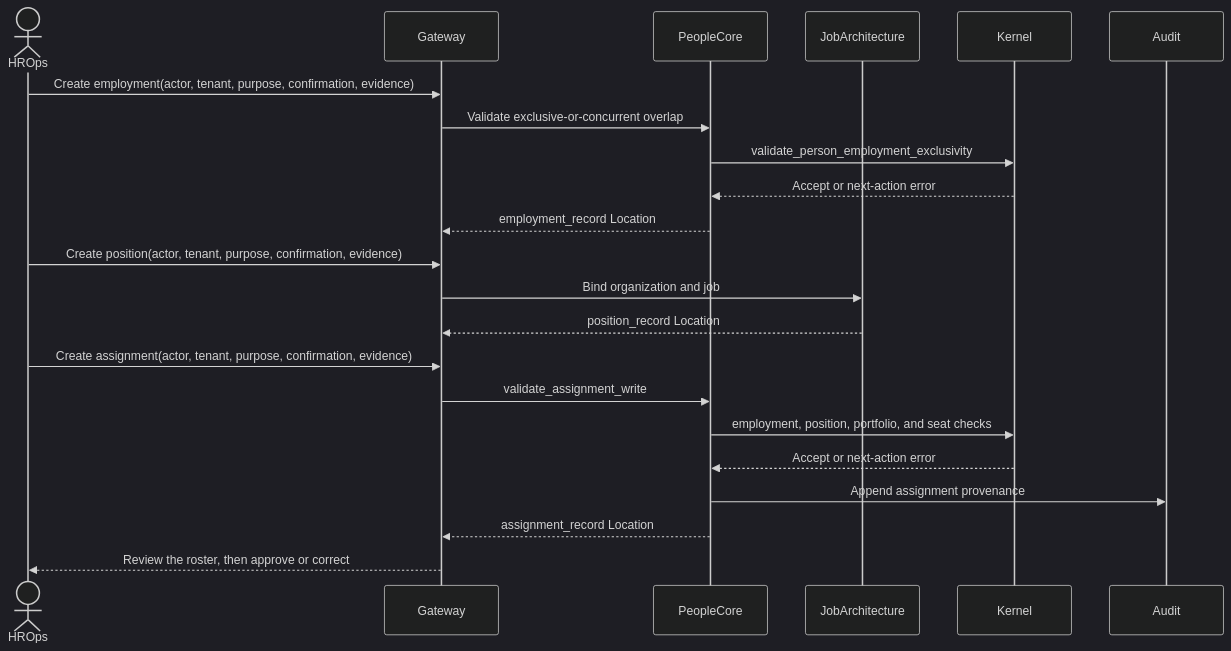
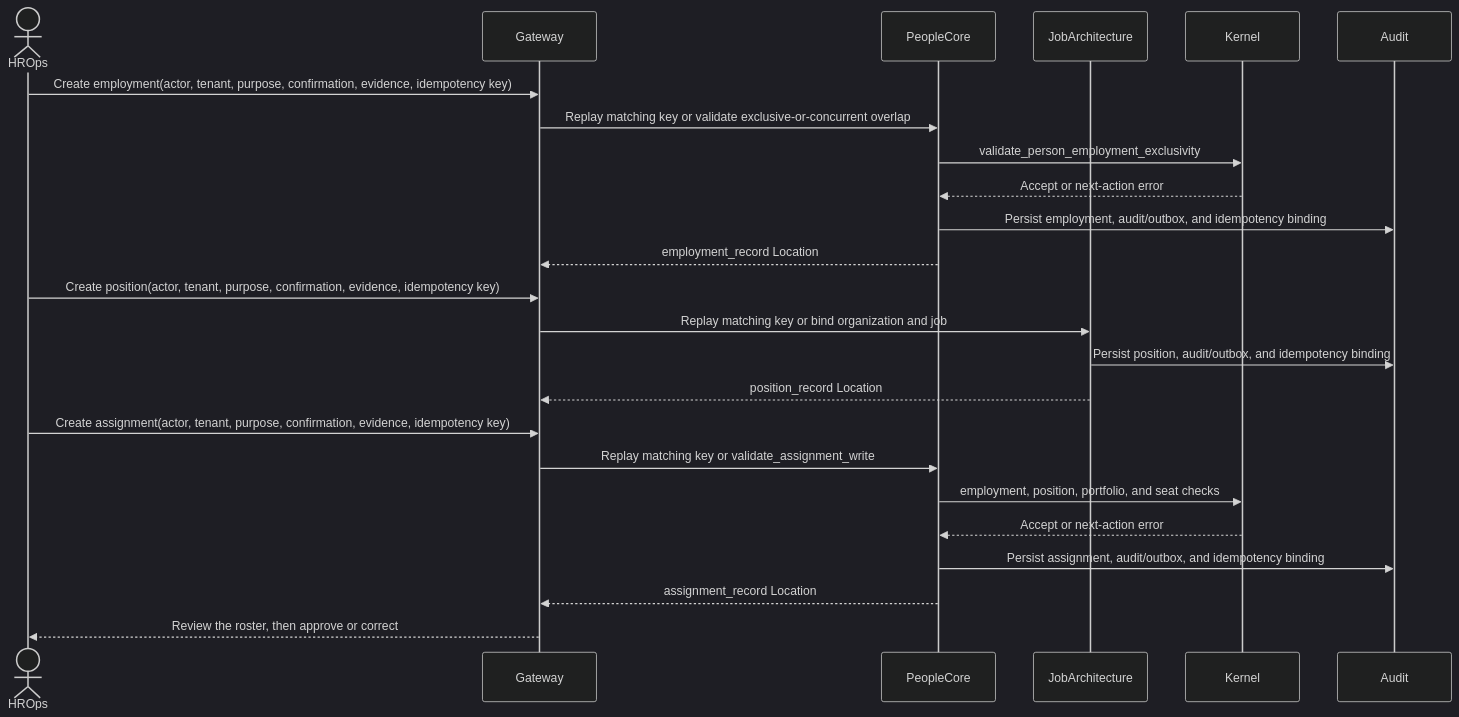
One commit to ContextualWisdomLab/Orgmetra changed the fourth of 4 diagrams in docs/UML.md. Above: the diagram before and after it, drawn with Mermaid (dark theme). The commit also changed 50 other files, not shown here.

````diff
--- a/docs/UML.md
+++ b/docs/UML.md
@@ -96,25 +96,27 @@
 ```mermaid
 sequenceDiagram
     actor HROps
     participant Gateway
     participant PeopleCore
     participant JobArchitecture
     participant Kernel
     participant Audit
 
-    HROps->>Gateway: Create employment(actor, tenant, purpose, confirmation, evidence)
-    Gateway->>PeopleCore: Validate exclusive-or-concurrent overlap
+    HROps->>Gateway: Create employment(actor, tenant, purpose, confirmation, evidence, idempotency key)
+    Gateway->>PeopleCore: Replay matching key or validate exclusive-or-concurrent overlap
     PeopleCore->>Kernel: validate_person_employment_exclusivity
     Kernel-->>PeopleCore: Accept or next-action error
+    PeopleCore->>Audit: Persist employment, audit/outbox, and idempotency binding
     PeopleCore-->>Gateway: employment_record Location
-    HROps->>Gateway: Create position(actor, tenant, purpose, confirmation, evidence)
-    Gateway->>JobArchitecture: Bind organization and job
+    HROps->>Gateway: Create position(actor, tenant, purpose, confirmation, evidence, idempotency key)
+    Gateway->>JobArchitecture: Replay matching key or bind organization and job
+    JobArchitecture->>Audit: Persist position, audit/outbox, and idempotency binding
     JobArchitecture-->>Gateway: position_record Location
-    HROps->>Gateway: Create assignment(actor, tenant, purpose, confirmation, evidence)
-    Gateway->>PeopleCore: validate_assignment_write
+    HROps->>Gateway: Create assignment(actor, tenant, purpose, confirmation, evidence, idempotency key)
+    Gateway->>PeopleCore: Replay matching key or validate_assignment_write
     PeopleCore->>Kernel: employment, position, portfolio, and seat checks
     Kernel-->>PeopleCore: Accept or next-action error
-    PeopleCore->>Audit: Append assignment provenance
+    PeopleCore->>Audit: Persist assignment, audit/outbox, and idempotency binding
     PeopleCore-->>Gateway: assignment_record Location
     Gateway-->>HROps: Review the roster, then approve or correct
 ```
````
